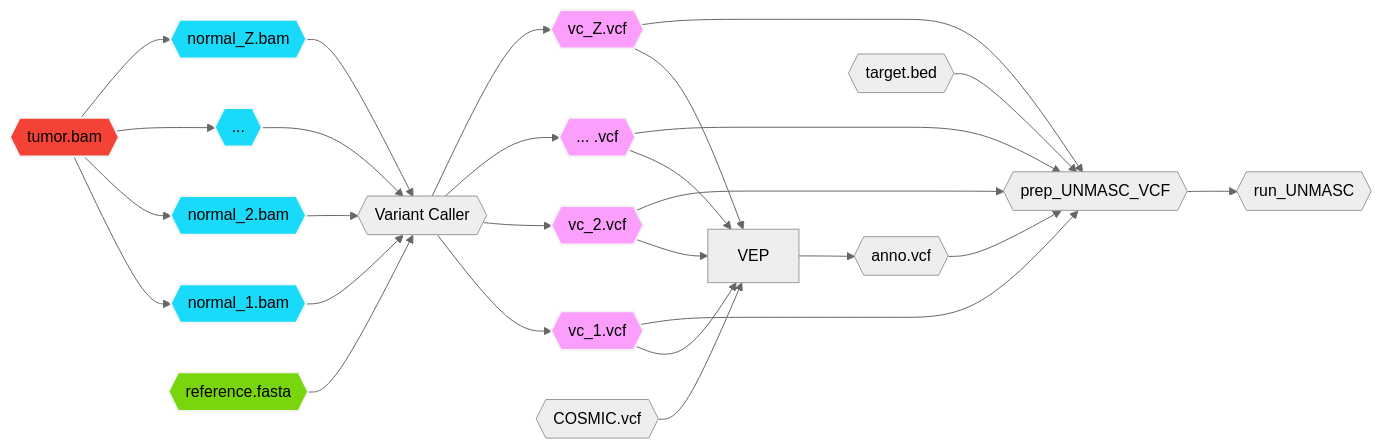
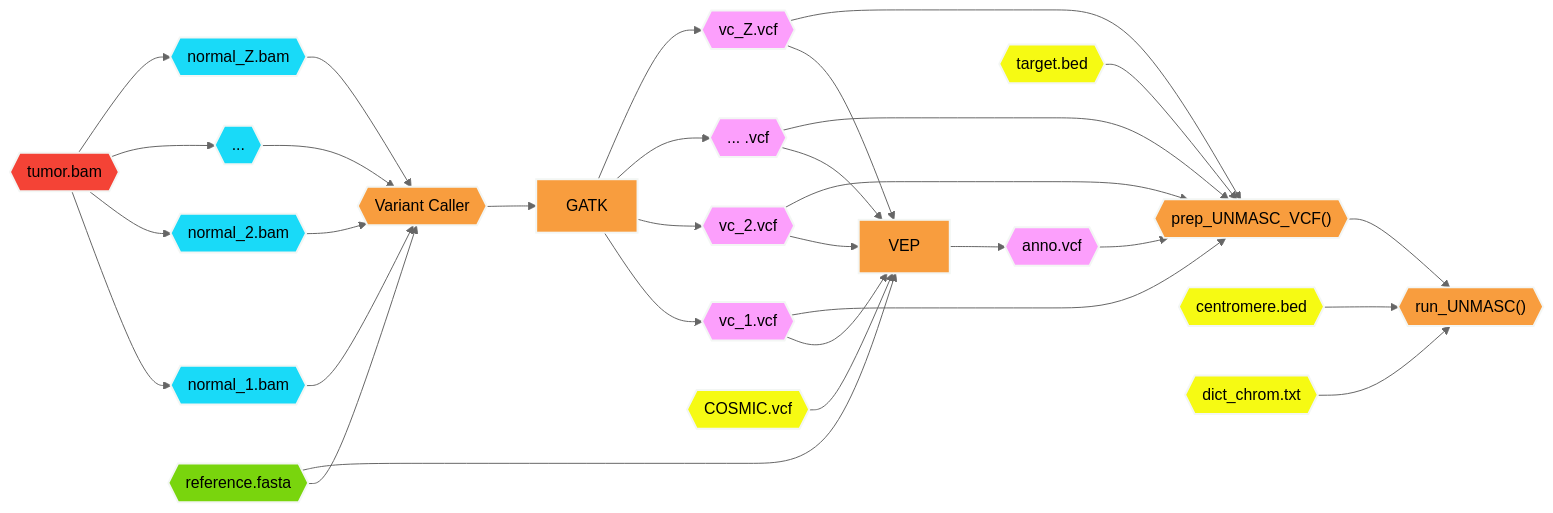
Before and after one commit to pllittle/UNMASC: the diagram in workflow/inputs.md, drawn with Mermaid (neutral theme).

Commit message:
flow links,soft

````diff
--- a/workflow/inputs.md
+++ b/workflow/inputs.md
@@ -14,21 +14,31 @@
 ```mermaid
-flowchart LR;
-	tbam{{tumor.bam}} --> nbam1{{normal_1.bam}} & nbam2{{normal_2.bam}} & dots{{...}} & nbamZ{{normal_Z.bam}} --> caller{{Variant Caller}}
-	caller --> vcf1{{vc_1.vcf}} & vcf2{{vc_2.vcf}} & dotsv{{... .vcf}} & vcfZ{{vc_Z.vcf}}
-	fasta{{reference.fasta}} --> caller
-	cosmic{{COSMIC.vcf}} & vcf1 & vcf2 & dotsv & vcfZ --> VEP --> anno{{anno.vcf}}
-	vcf1 & vcf2 & dotsv & vcfZ & anno --> prepU{{prep_UNMASC_VCF}}
-	targ{{target.bed}} --> prepU
-	prepU --> UNMASC{{run_UNMASC}}
-	
-	classDef myred fill:#f44336,stroke:#f3f6f4,stroke-width:2px
-	classDef myblue fill:#19daf8,stroke:#f3f6f4,stroke-width:2px
-	classDef mygreen fill:#79d50d,stroke:#f3f6f4,stroke-width:2px
-	classDef mymagenta fill:#fc9ffc,stroke:#f3f6f4,stroke-width:2px
-	
-	class tbam myred
-	class nbam1,nbam2,dots,nbamZ myblue
-	class fasta mygreen
-	class vcf1,vcf2,dotsv,vcfZ mymagenta
-	
+flowchart LR
+
+tbam{{tumor.bam}} --> nbam1{{normal_1.bam}} & nbam2{{normal_2.bam}} --> caller{{Variant Caller}}
+tbam{{tumor.bam}} --> dots{{...}} & nbamZ{{normal_Z.bam}} --> caller
+fasta{{reference.fasta}} --> caller
+caller --> GATK --> vcf1{{vc_1.vcf}} & vcf2{{vc_2.vcf}} & dotsv{{... .vcf}} & vcfZ{{vc_Z.vcf}}
+cosmic{{COSMIC.vcf}} & vcf1 & vcf2 & dotsv & vcfZ & fasta --> VEP --> anno{{anno.vcf}}
+vcf1 & vcf2 & dotsv & vcfZ & anno & targ{{target.bed}} --> prepU{{"prep_UNMASC_VCF()"}}
+centro{{centromere.bed}} & dictchrom{{dict_chrom.txt}} & prepU --> UNMASC{{"run_UNMASC()"}}
+
+%% class definitions
+classDef myred fill:#f44336,stroke:#f3f6f4,stroke-width:2px
+classDef myblue fill:#19daf8,stroke:#f3f6f4,stroke-width:2px
+classDef mygreen fill:#79d50d,stroke:#f3f6f4,stroke-width:2px
+classDef mymagenta fill:#fc9ffc,stroke:#f3f6f4,stroke-width:2px
+classDef myyellow fill:#f6fa13,stroke:#f3f6f4,stroke-width:2px
+classDef myorange fill:#f89d3e,stroke:#f3f6f4,stroke-width:2px
+
+%% assign classes to nodes
+class tbam myred
+class nbam1,nbam2,dots,nbamZ myblue
+class fasta mygreen
+class vcf1,vcf2,dotsv,vcfZ,anno mymagenta
+class cosmic,targ,centro,dictchrom myyellow
+class caller,GATK,VEP,prepU,UNMASC myorange
+
+%% clickable nodes
+click cosmic "https://github.com/pllittle/UNMASC/blob/main/workflow/inputs.md#get-cosmic-vcf"
+click VEP "https://uswest.ensembl.org/info/docs/tools/vep/index.html"
 ```
````
